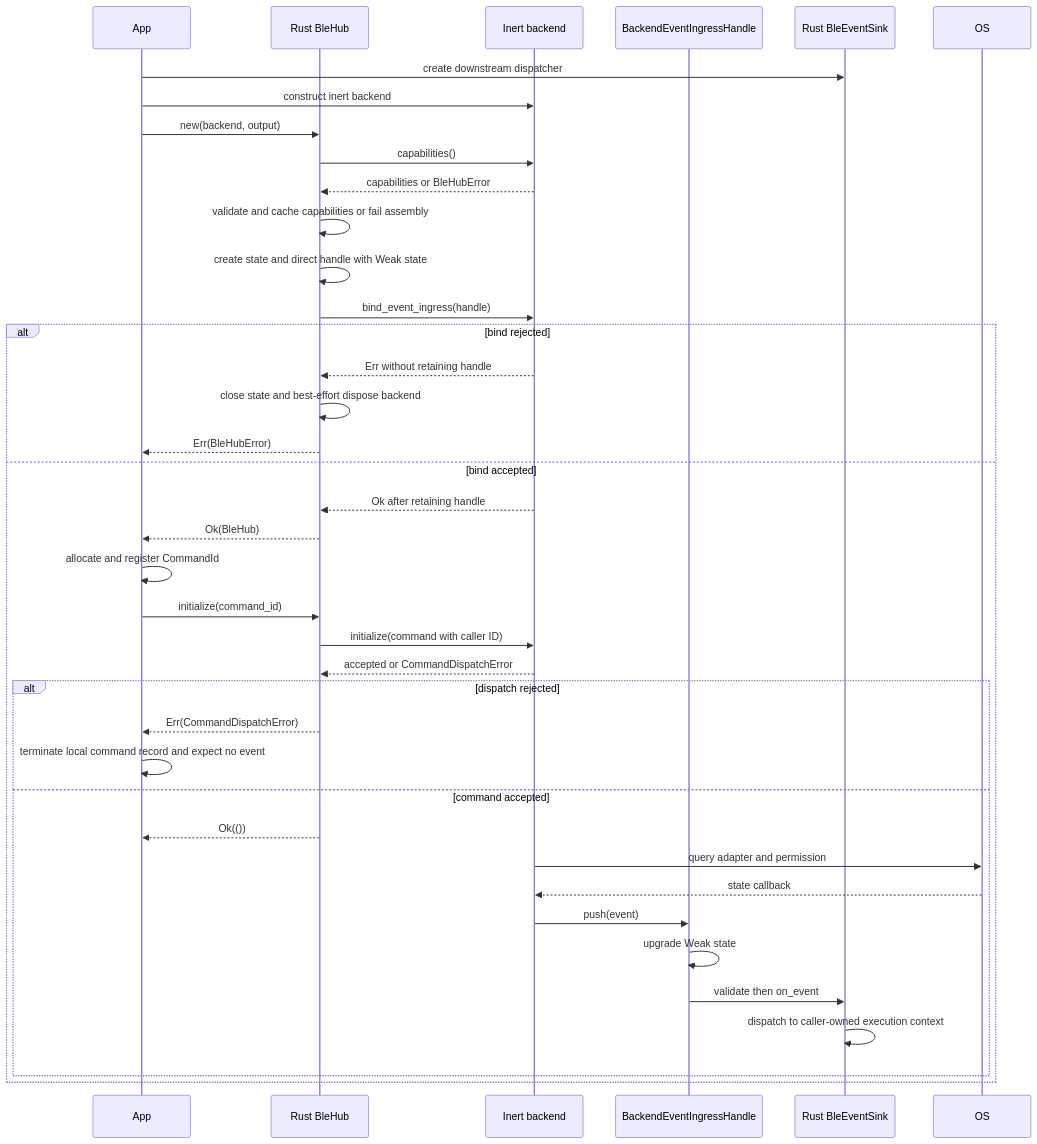
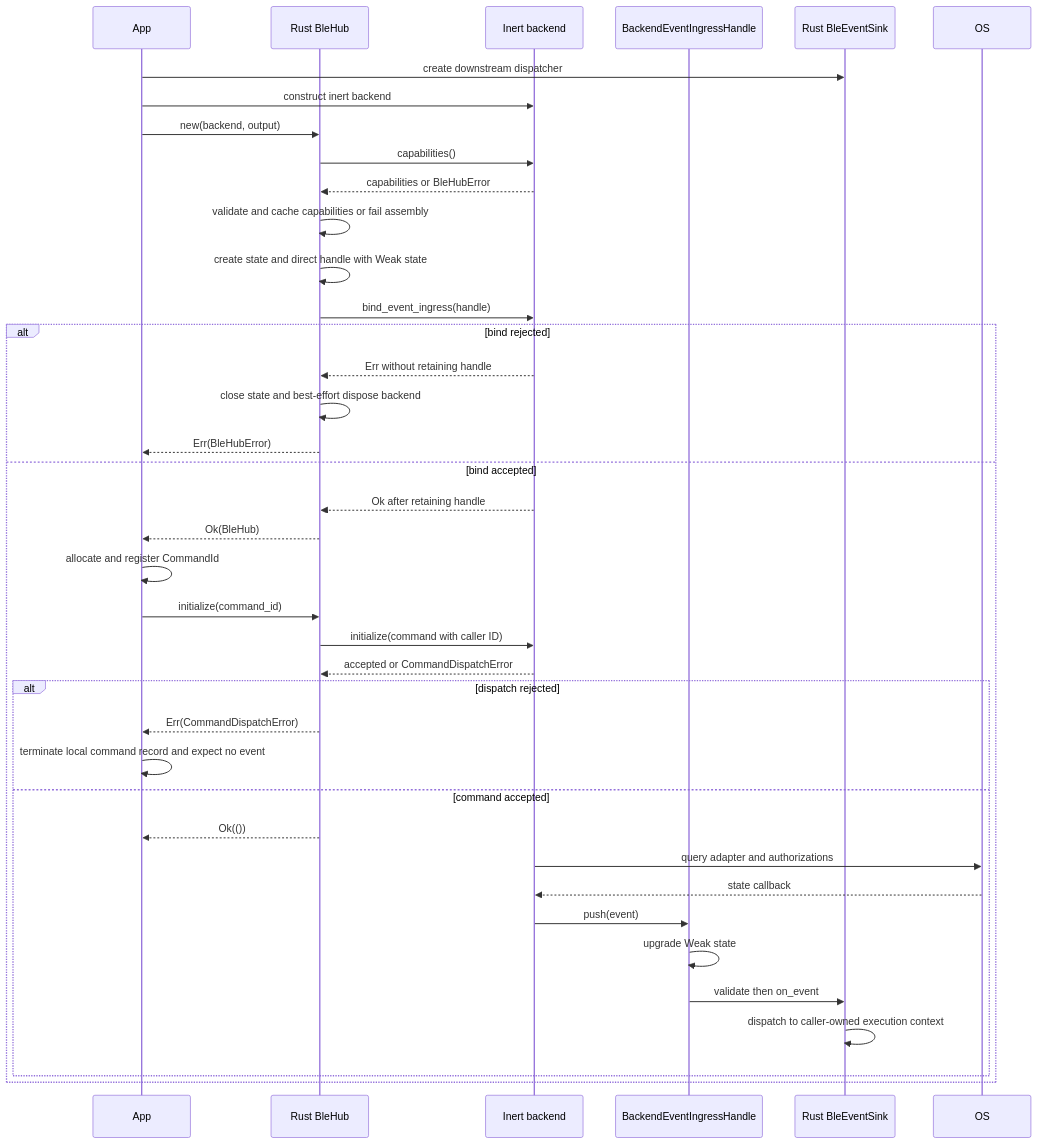
The fifth of 9 diagrams in .plan/PLAN.md (VIDLG/blengine), drawn with Mermaid before and after one commit. The commit also changed other lines of this file and 142 other files, not shown here.

````diff
--- a/.plan/PLAN.md
+++ b/.plan/PLAN.md
@@ -1541,42 +1527,42 @@
 ```mermaid
 sequenceDiagram
     participant App
     participant Hub as Rust BleHub
     participant Backend as Inert backend
     participant Ingress as BackendEventIngressHandle
     participant Output as Rust BleEventSink
     participant OS
 
     App->>Output: create downstream dispatcher
     App->>Backend: construct inert backend
     App->>Hub: new(backend, output)
     Hub->>Backend: capabilities()
     Backend-->>Hub: capabilities or BleHubError
     Hub->>Hub: validate and cache capabilities or fail assembly
     Hub->>Hub: create state and direct handle with Weak state
     Hub->>Backend: bind_event_ingress(handle)
     alt bind rejected
         Backend-->>Hub: Err without retaining handle
         Hub->>Hub: close state and best-effort dispose backend
         Hub-->>App: Err(BleHubError)
     else bind accepted
         Backend-->>Hub: Ok after retaining handle
         Hub-->>App: Ok(BleHub)
         App->>App: allocate and register CommandId
         App->>Hub: initialize(command_id)
         Hub->>Backend: initialize(command with caller ID)
         Backend-->>Hub: accepted or CommandDispatchError
         alt dispatch rejected
             Hub-->>App: Err(CommandDispatchError)
             App->>App: terminate local command record and expect no event
         else command accepted
             Hub-->>App: Ok(())
-            Backend->>OS: query adapter and permission
+            Backend->>OS: query adapter and authorizations
             OS-->>Backend: state callback
             Backend->>Ingress: push(event)
             Ingress->>Ingress: upgrade Weak state
             Ingress->>Output: validate then on_event
             Output->>Output: dispatch to caller-owned execution context
         end
     end
 ```
````
